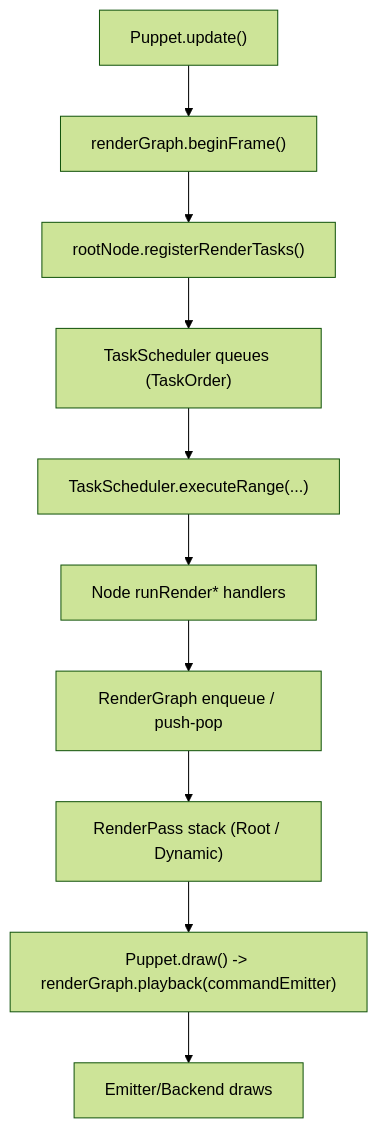
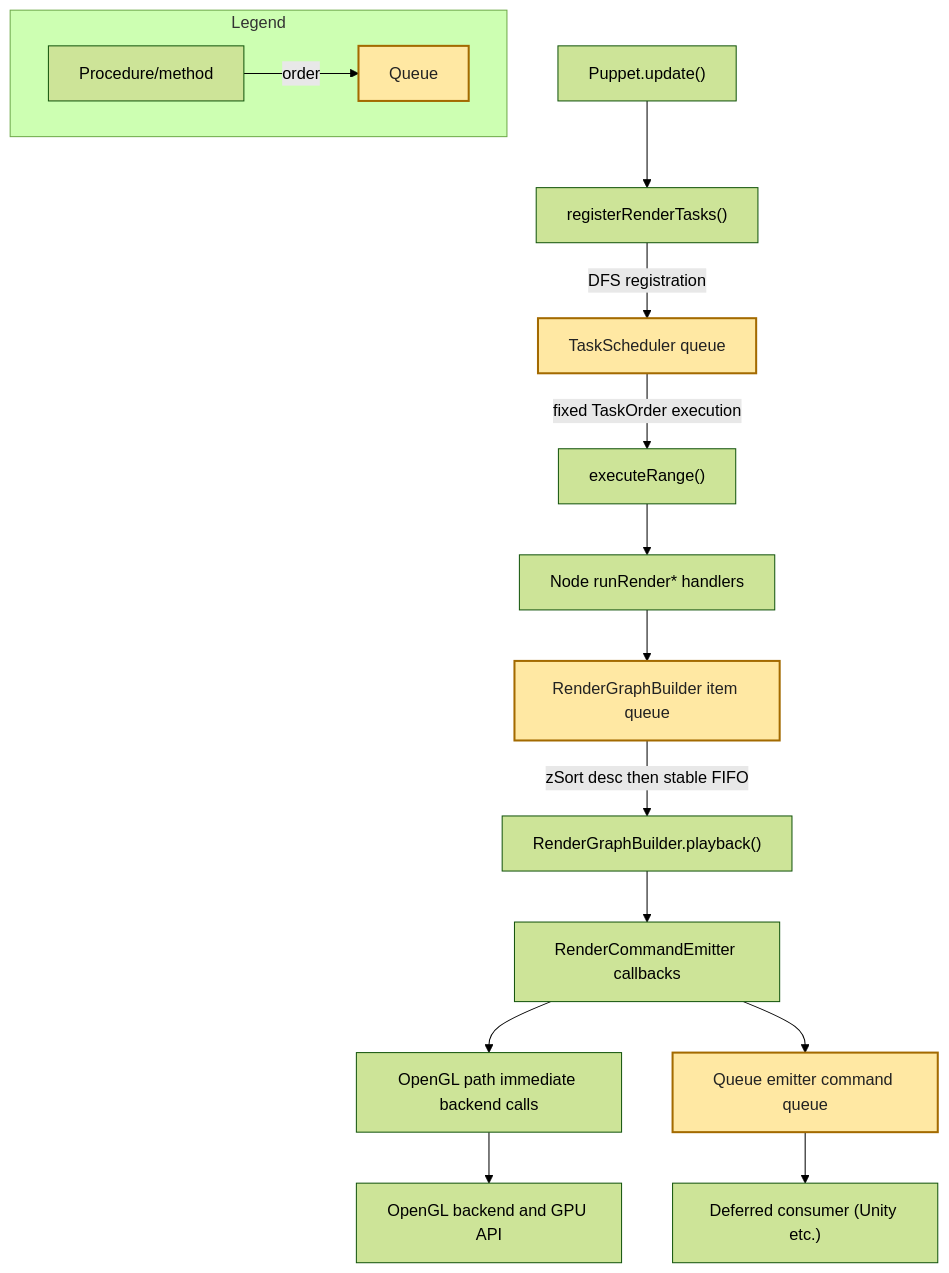
The first of 20 diagrams in doc/rendering.md (nijigenerate/nijilive), drawn with Mermaid (forest theme) before and after one commit. The commit also changed other lines of this file, not shown here.

````diff
--- a/doc/rendering.md
+++ b/doc/rendering.md
@@ -17,12 +18,22 @@
 ```mermaid
 graph TD
-    A["Puppet.update()"] --> B["renderGraph.beginFrame()"]
-    B --> C["rootNode.registerRenderTasks()"]
-    C --> D["TaskScheduler queues (TaskOrder)"]
-    D --> E["TaskScheduler.executeRange(...)"]
-    E --> F["Node runRender* handlers"]
-    F --> G["RenderGraph enqueue / push-pop"]
-    G --> H["RenderPass stack (Root / Dynamic)"]
-    H --> I["Puppet.draw() -> renderGraph.playback(commandEmitter)"]
-    I --> J["Emitter/Backend draws"]
+    A["Puppet.update()"] --> B["registerRenderTasks()"]
+    B -->|DFS registration| C["TaskScheduler queue"]
+    C -->|fixed TaskOrder execution| D["executeRange()"]
+    D --> E["Node runRender* handlers"]
+    E --> F["RenderGraphBuilder item queue"]
+    F -->|zSort desc then stable FIFO| G["RenderGraphBuilder.playback()"]
+    G --> H["RenderCommandEmitter callbacks"]
+    H --> I["OpenGL path immediate backend calls"]
+    I --> J["OpenGL backend and GPU API"]
+    H --> K["Queue emitter command queue"]
+    K --> L["Deferred consumer (Unity etc.)"]
+
+    subgraph LEG["Legend"]
+        direction LR
+        LS["Procedure/method"] -->|order| LQ["Queue"]
+    end
+
+    classDef queueNode fill:#FFE8A3,stroke:#A36A00,stroke-width:2px,color:#222;
+    class C,F,K,LQ queueNode;
 ```
````
